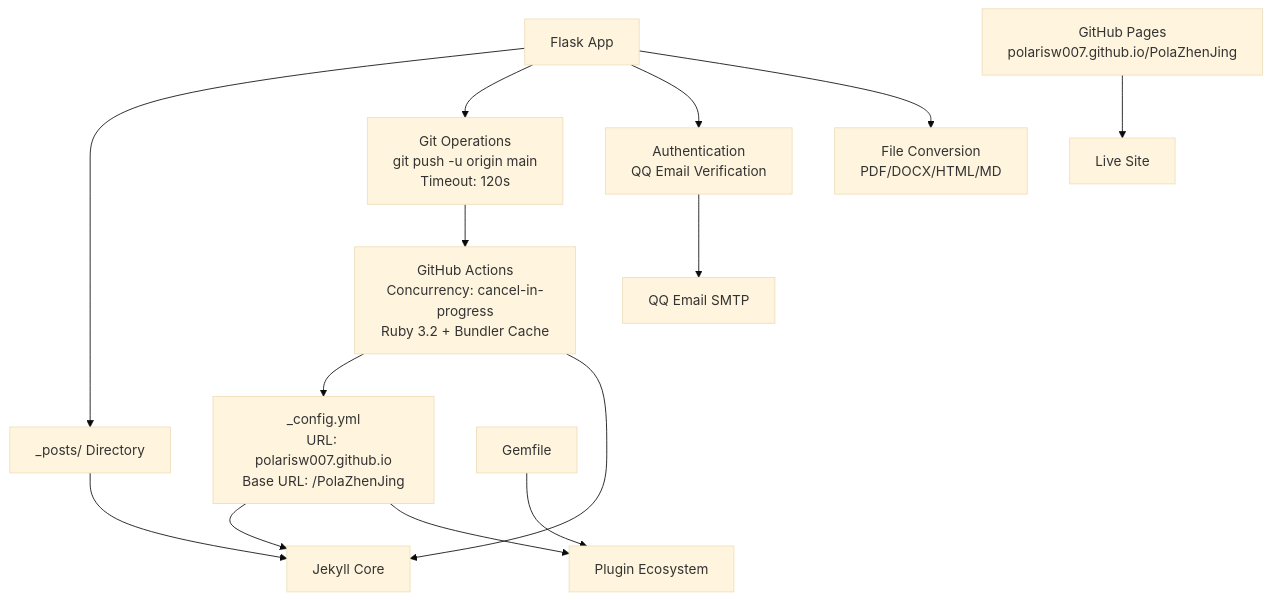
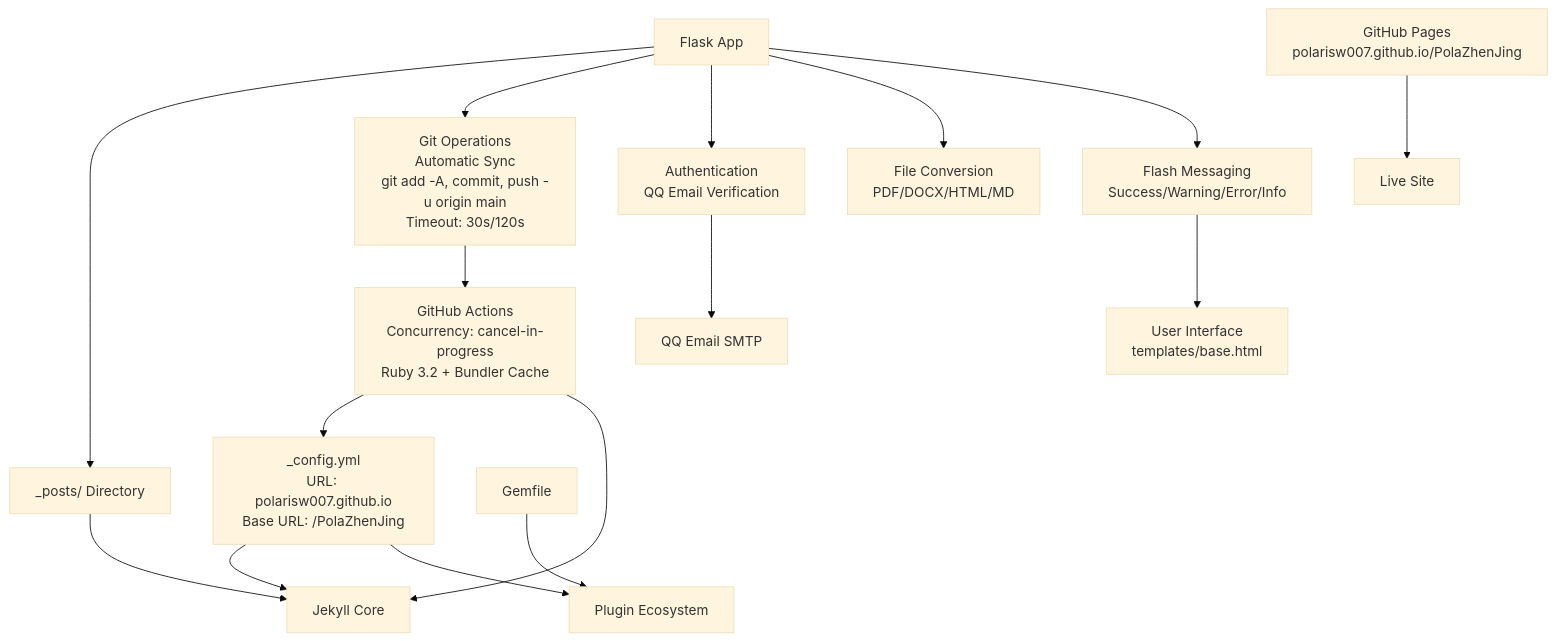
The fourth of 4 diagrams in .qoder/repowiki/en/content/Backend Application/Publishing Pipeline.md (PolarisW007/PolaZhenJing), drawn with Mermaid (base theme) before and after one commit. The commit also changed other lines of this file and 11 other files, not shown here.

````diff
--- a/.qoder/repowiki/en/content/Backend Application/Publishing Pipeline.md
+++ b/.qoder/repowiki/en/content/Backend Application/Publishing Pipeline.md
@@ -329,16 +378,18 @@
 ```mermaid
 graph TB
 CFG["_config.yml<br/>URL: polarisw007.github.io<br/>Base URL: /PolaZhenJing"] --> JKY["Jekyll Core"]
 CFG --> PLG["Plugin Ecosystem"]
 FLSK["Flask App"] --> POSTS["_posts/ Directory"]
-FLSK --> GIT["Git Operations<br/>git push -u origin main<br/>Timeout: 120s"]
+FLSK --> GIT["Git Operations<br/>Automatic Sync<br/>git add -A, commit, push -u origin main<br/>Timeout: 30s/120s"]
 FLSK --> AUTH["Authentication<br/>QQ Email Verification"]
 FLSK --> CONV["File Conversion<br/>PDF/DOCX/HTML/MD"]
+FLSK --> FLASH["Flash Messaging<br/>Success/Warning/Error/Info"]
 POSTS --> JKY
 GIT --> ACT["GitHub Actions<br/>Concurrency: cancel-in-progress<br/>Ruby 3.2 + Bundler Cache"]
 ACT --> CFG
 ACT --> JKY
 GEM["Gemfile"] --> PLG
 AUTH --> MAIL["QQ Email SMTP"]
+FLASH --> UI["User Interface<br/>templates/base.html"]
 PAGES["GitHub Pages<br/>polarisw007.github.io/PolaZhenJing"] --> LIVE["Live Site"]
 ```
````
